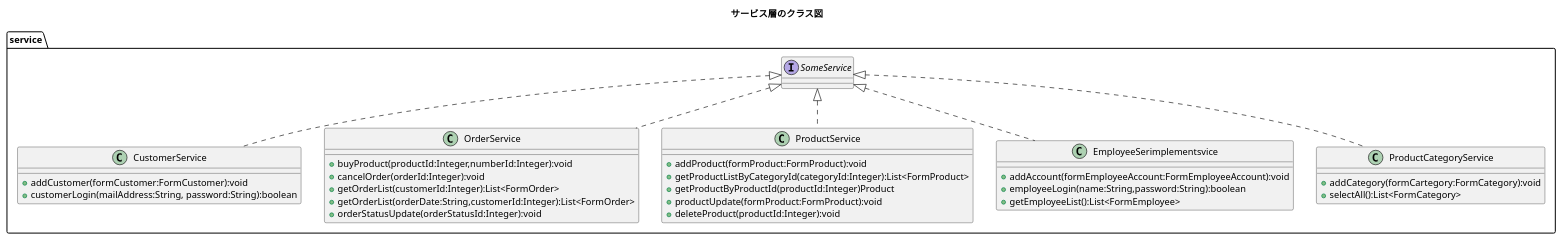
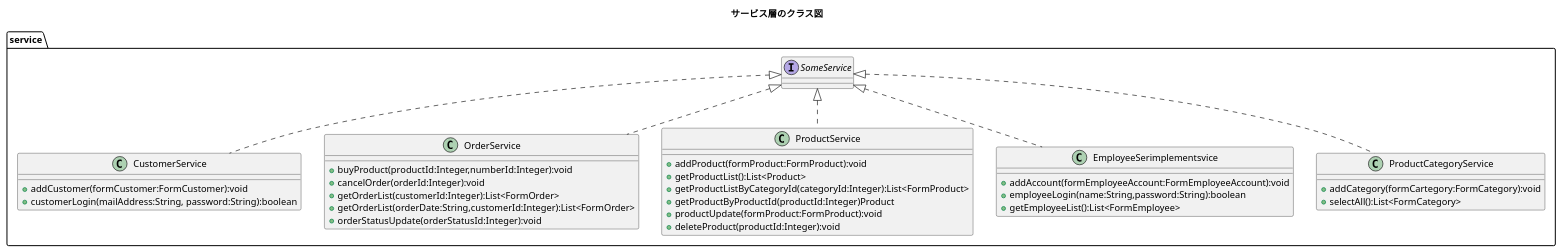
Before and after one commit to kanavii3333/ec-b: the diagram in plan/uml/class/service.plantuml, drawn with PlantUML.

Commit message:
serviceクラス図　getProductList():List<Product>

```diff
--- a/plan/uml/class/service.plantuml
+++ b/plan/uml/class/service.plantuml
@@ -1,40 +1,41 @@
 @startuml
 title サービス層のクラス図
 package service{
 	class CustomerService implements SomeService{
 		+ addCustomer(formCustomer:FormCustomer):void
 		+ customerLogin(mailAddress:String, password:String):boolean
 	}
 	
 	class OrderService implements SomeService{
 		+ buyProduct(productId:Integer,numberId:Integer):void
 		+ cancelOrder(orderId:Integer):void
 		+ getOrderList(customerId:Integer):List<FormOrder>
 		+ getOrderList(orderDate:String,customerId:Integer):List<FormOrder>
 		+ orderStatusUpdate(orderStatusId:Integer):void
 	}
 	
 	class ProductService implements SomeService{
 		+ addProduct(formProduct:FormProduct):void
+		+ getProductList():List<Product>
 		+ getProductListByCategoryId(categoryId:Integer):List<FormProduct>
 		+ getProductByProductId(productId:Integer)Product
 		+ productUpdate(formProduct:FormProduct):void
 		+ deleteProduct(productId:Integer):void
 	}
 
 
 	class EmployeeSerimplementsvice implements SomeService{
 		+ addAccount(formEmployeeAccount:FormEmployeeAccount):void
 		+ employeeLogin(name:String,password:String):boolean
 		+ getEmployeeList():List<FormEmployee>
 	}
 	
 	class ProductCategoryService implements SomeService{
 		+ addCategory(formCartegory:FormCategory):void
 		+ selectAll():List<FormCategory>
 	}	
 }
 
 
 
 @enduml
```
